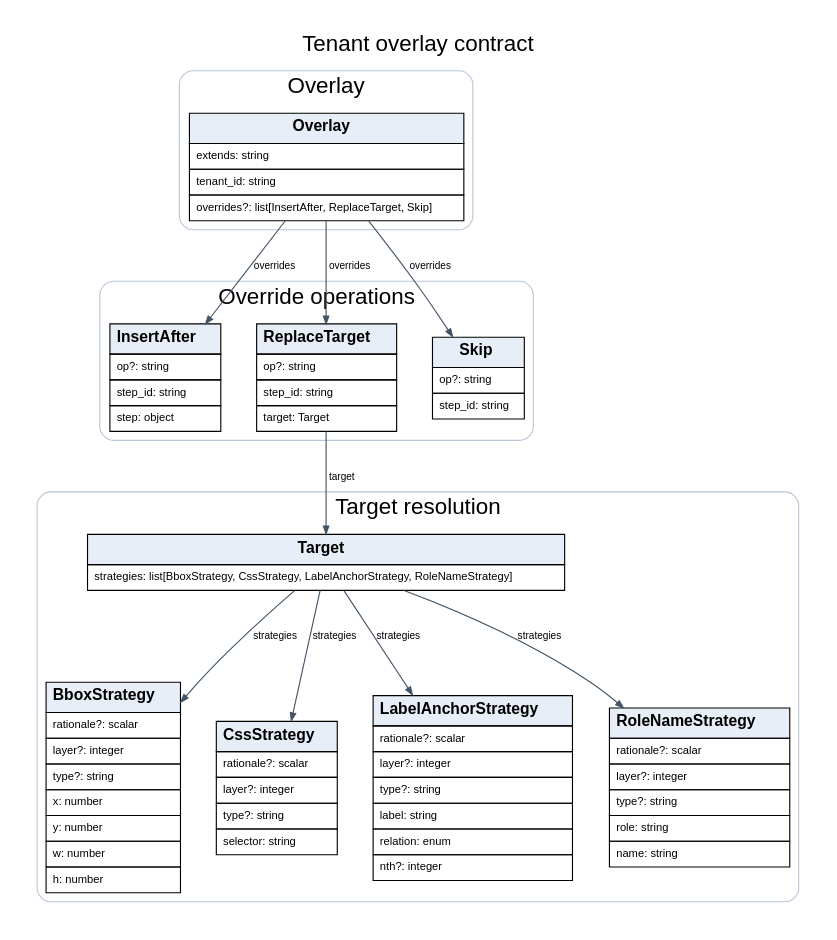
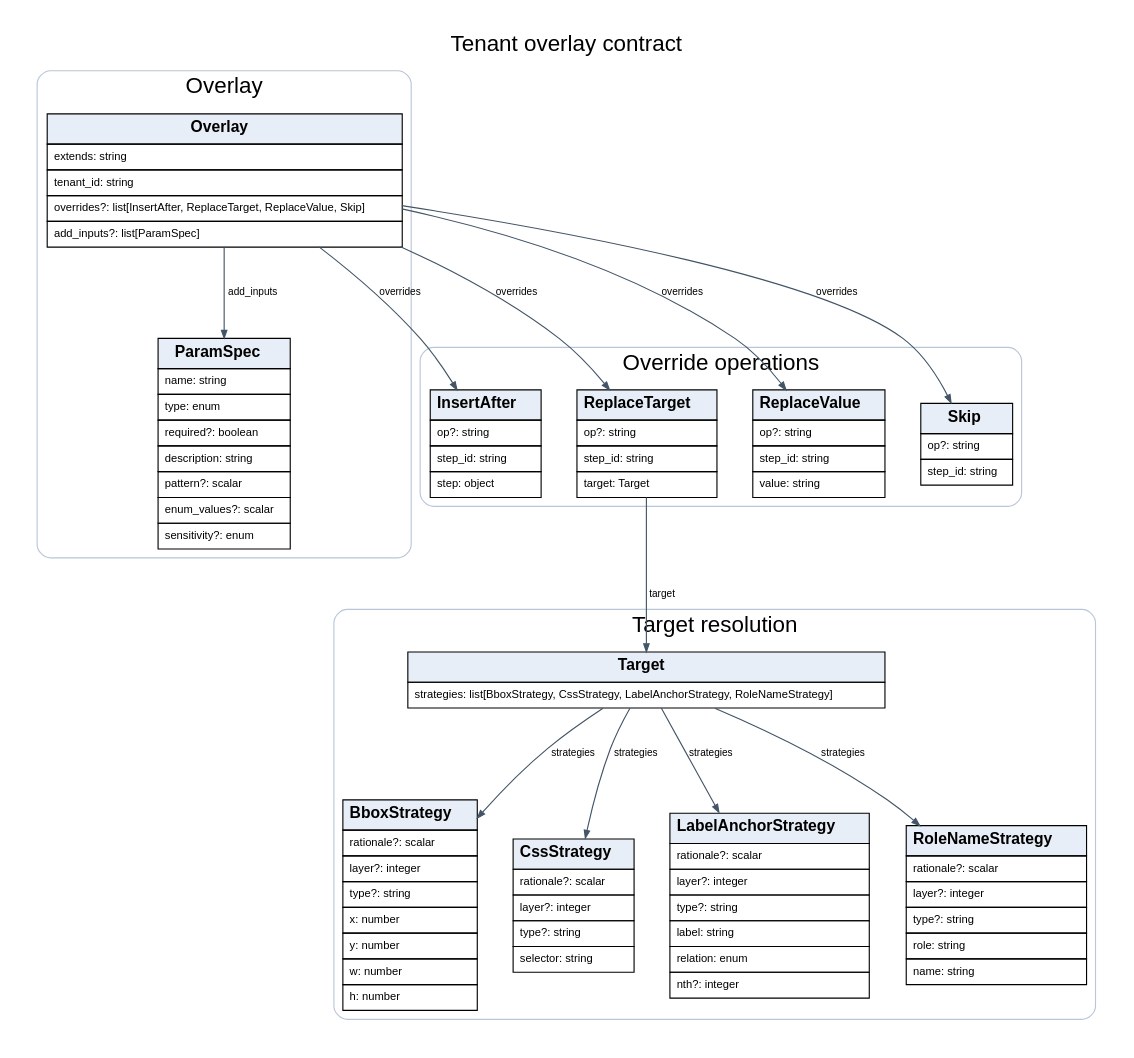
Before and after one commit to jingpeng7527/computer_use_automation: the diagram in docs/schema/overlay-contract.dot, drawn with Graphviz. The commit also changed 24 other files, not shown here.

```diff
--- a/docs/schema/overlay-contract.dot
+++ b/docs/schema/overlay-contract.dot
@@ -1,32 +1,36 @@
 digraph schema {
   graph [rankdir=TB, bgcolor="#ffffff", pad="0.25", nodesep="0.45", ranksep="1.0", fontname="Helvetica"];
   node [shape=plain, fontname="Helvetica"];
   edge [color="#425466", fontname="Helvetica", fontsize=9, arrowsize=0.7];
   labelloc="t"; label="Tenant overlay contract"; fontsize=20; fontname="Helvetica";
   subgraph cluster_0 {
     label="Target resolution"; color="#b9c6d8"; penwidth=1; style="rounded";
     "BboxStrategy" [label=<<TABLE BGCOLOR="#ffffff" BORDER="0" CELLBORDER="1" CELLSPACING="0" CELLPADDING="5"><TR><TD BGCOLOR="#e8eef7"><B>BboxStrategy</B></TD></TR><TR><TD ALIGN="LEFT"><FONT POINT-SIZE="10">rationale?: scalar</FONT></TD></TR><TR><TD ALIGN="LEFT"><FONT POINT-SIZE="10">layer?: integer</FONT></TD></TR><TR><TD ALIGN="LEFT"><FONT POINT-SIZE="10">type?: string</FONT></TD></TR><TR><TD ALIGN="LEFT"><FONT POINT-SIZE="10">x: number</FONT></TD></TR><TR><TD ALIGN="LEFT"><FONT POINT-SIZE="10">y: number</FONT></TD></TR><TR><TD ALIGN="LEFT"><FONT POINT-SIZE="10">w: number</FONT></TD></TR><TR><TD ALIGN="LEFT"><FONT POINT-SIZE="10">h: number</FONT></TD></TR></TABLE>>];
     "CssStrategy" [label=<<TABLE BGCOLOR="#ffffff" BORDER="0" CELLBORDER="1" CELLSPACING="0" CELLPADDING="5"><TR><TD BGCOLOR="#e8eef7"><B>CssStrategy</B></TD></TR><TR><TD ALIGN="LEFT"><FONT POINT-SIZE="10">rationale?: scalar</FONT></TD></TR><TR><TD ALIGN="LEFT"><FONT POINT-SIZE="10">layer?: integer</FONT></TD></TR><TR><TD ALIGN="LEFT"><FONT POINT-SIZE="10">type?: string</FONT></TD></TR><TR><TD ALIGN="LEFT"><FONT POINT-SIZE="10">selector: string</FONT></TD></TR></TABLE>>];
     "LabelAnchorStrategy" [label=<<TABLE BGCOLOR="#ffffff" BORDER="0" CELLBORDER="1" CELLSPACING="0" CELLPADDING="5"><TR><TD BGCOLOR="#e8eef7"><B>LabelAnchorStrategy</B></TD></TR><TR><TD ALIGN="LEFT"><FONT POINT-SIZE="10">rationale?: scalar</FONT></TD></TR><TR><TD ALIGN="LEFT"><FONT POINT-SIZE="10">layer?: integer</FONT></TD></TR><TR><TD ALIGN="LEFT"><FONT POINT-SIZE="10">type?: string</FONT></TD></TR><TR><TD ALIGN="LEFT"><FONT POINT-SIZE="10">label: string</FONT></TD></TR><TR><TD ALIGN="LEFT"><FONT POINT-SIZE="10">relation: enum</FONT></TD></TR><TR><TD ALIGN="LEFT"><FONT POINT-SIZE="10">nth?: integer</FONT></TD></TR></TABLE>>];
     "RoleNameStrategy" [label=<<TABLE BGCOLOR="#ffffff" BORDER="0" CELLBORDER="1" CELLSPACING="0" CELLPADDING="5"><TR><TD BGCOLOR="#e8eef7"><B>RoleNameStrategy</B></TD></TR><TR><TD ALIGN="LEFT"><FONT POINT-SIZE="10">rationale?: scalar</FONT></TD></TR><TR><TD ALIGN="LEFT"><FONT POINT-SIZE="10">layer?: integer</FONT></TD></TR><TR><TD ALIGN="LEFT"><FONT POINT-SIZE="10">type?: string</FONT></TD></TR><TR><TD ALIGN="LEFT"><FONT POINT-SIZE="10">role: string</FONT></TD></TR><TR><TD ALIGN="LEFT"><FONT POINT-SIZE="10">name: string</FONT></TD></TR></TABLE>>];
     "Target" [label=<<TABLE BGCOLOR="#ffffff" BORDER="0" CELLBORDER="1" CELLSPACING="0" CELLPADDING="5"><TR><TD BGCOLOR="#e8eef7"><B>Target</B></TD></TR><TR><TD ALIGN="LEFT"><FONT POINT-SIZE="10">strategies: list[BboxStrategy, CssStrategy, LabelAnchorStrategy, RoleNameStrategy]</FONT></TD></TR></TABLE>>];
   }
   subgraph cluster_1 {
     label="Override operations"; color="#b9c6d8"; penwidth=1; style="rounded";
     "InsertAfter" [label=<<TABLE BGCOLOR="#ffffff" BORDER="0" CELLBORDER="1" CELLSPACING="0" CELLPADDING="5"><TR><TD BGCOLOR="#e8eef7"><B>InsertAfter</B></TD></TR><TR><TD ALIGN="LEFT"><FONT POINT-SIZE="10">op?: string</FONT></TD></TR><TR><TD ALIGN="LEFT"><FONT POINT-SIZE="10">step_id: string</FONT></TD></TR><TR><TD ALIGN="LEFT"><FONT POINT-SIZE="10">step: object</FONT></TD></TR></TABLE>>];
     "ReplaceTarget" [label=<<TABLE BGCOLOR="#ffffff" BORDER="0" CELLBORDER="1" CELLSPACING="0" CELLPADDING="5"><TR><TD BGCOLOR="#e8eef7"><B>ReplaceTarget</B></TD></TR><TR><TD ALIGN="LEFT"><FONT POINT-SIZE="10">op?: string</FONT></TD></TR><TR><TD ALIGN="LEFT"><FONT POINT-SIZE="10">step_id: string</FONT></TD></TR><TR><TD ALIGN="LEFT"><FONT POINT-SIZE="10">target: Target</FONT></TD></TR></TABLE>>];
+    "ReplaceValue" [label=<<TABLE BGCOLOR="#ffffff" BORDER="0" CELLBORDER="1" CELLSPACING="0" CELLPADDING="5"><TR><TD BGCOLOR="#e8eef7"><B>ReplaceValue</B></TD></TR><TR><TD ALIGN="LEFT"><FONT POINT-SIZE="10">op?: string</FONT></TD></TR><TR><TD ALIGN="LEFT"><FONT POINT-SIZE="10">step_id: string</FONT></TD></TR><TR><TD ALIGN="LEFT"><FONT POINT-SIZE="10">value: string</FONT></TD></TR></TABLE>>];
     "Skip" [label=<<TABLE BGCOLOR="#ffffff" BORDER="0" CELLBORDER="1" CELLSPACING="0" CELLPADDING="5"><TR><TD BGCOLOR="#e8eef7"><B>Skip</B></TD></TR><TR><TD ALIGN="LEFT"><FONT POINT-SIZE="10">op?: string</FONT></TD></TR><TR><TD ALIGN="LEFT"><FONT POINT-SIZE="10">step_id: string</FONT></TD></TR></TABLE>>];
   }
   subgraph cluster_2 {
     label="Overlay"; color="#b9c6d8"; penwidth=1; style="rounded";
-    "Overlay" [label=<<TABLE BGCOLOR="#ffffff" BORDER="0" CELLBORDER="1" CELLSPACING="0" CELLPADDING="5"><TR><TD BGCOLOR="#e8eef7"><B>Overlay</B></TD></TR><TR><TD ALIGN="LEFT"><FONT POINT-SIZE="10">extends: string</FONT></TD></TR><TR><TD ALIGN="LEFT"><FONT POINT-SIZE="10">tenant_id: string</FONT></TD></TR><TR><TD ALIGN="LEFT"><FONT POINT-SIZE="10">overrides?: list[InsertAfter, ReplaceTarget, Skip]</FONT></TD></TR></TABLE>>];
+    "Overlay" [label=<<TABLE BGCOLOR="#ffffff" BORDER="0" CELLBORDER="1" CELLSPACING="0" CELLPADDING="5"><TR><TD BGCOLOR="#e8eef7"><B>Overlay</B></TD></TR><TR><TD ALIGN="LEFT"><FONT POINT-SIZE="10">extends: string</FONT></TD></TR><TR><TD ALIGN="LEFT"><FONT POINT-SIZE="10">tenant_id: string</FONT></TD></TR><TR><TD ALIGN="LEFT"><FONT POINT-SIZE="10">overrides?: list[InsertAfter, ReplaceTarget, ReplaceValue, Skip]</FONT></TD></TR><TR><TD ALIGN="LEFT"><FONT POINT-SIZE="10">add_inputs?: list[ParamSpec]</FONT></TD></TR></TABLE>>];
+    "ParamSpec" [label=<<TABLE BGCOLOR="#ffffff" BORDER="0" CELLBORDER="1" CELLSPACING="0" CELLPADDING="5"><TR><TD BGCOLOR="#e8eef7"><B>ParamSpec</B></TD></TR><TR><TD ALIGN="LEFT"><FONT POINT-SIZE="10">name: string</FONT></TD></TR><TR><TD ALIGN="LEFT"><FONT POINT-SIZE="10">type: enum</FONT></TD></TR><TR><TD ALIGN="LEFT"><FONT POINT-SIZE="10">required?: boolean</FONT></TD></TR><TR><TD ALIGN="LEFT"><FONT POINT-SIZE="10">description: string</FONT></TD></TR><TR><TD ALIGN="LEFT"><FONT POINT-SIZE="10">pattern?: scalar</FONT></TD></TR><TR><TD ALIGN="LEFT"><FONT POINT-SIZE="10">enum_values?: scalar</FONT></TD></TR><TR><TD ALIGN="LEFT"><FONT POINT-SIZE="10">sensitivity?: enum</FONT></TD></TR></TABLE>>];
   }
   "Overlay" -> "InsertAfter" [label="overrides"];
   "Overlay" -> "ReplaceTarget" [label="overrides"];
+  "Overlay" -> "ReplaceValue" [label="overrides"];
   "Overlay" -> "Skip" [label="overrides"];
+  "Overlay" -> "ParamSpec" [label="add_inputs"];
   "ReplaceTarget" -> "Target" [label="target"];
   "Target" -> "BboxStrategy" [label="strategies"];
   "Target" -> "CssStrategy" [label="strategies"];
   "Target" -> "LabelAnchorStrategy" [label="strategies"];
   "Target" -> "RoleNameStrategy" [label="strategies"];
 }
```
